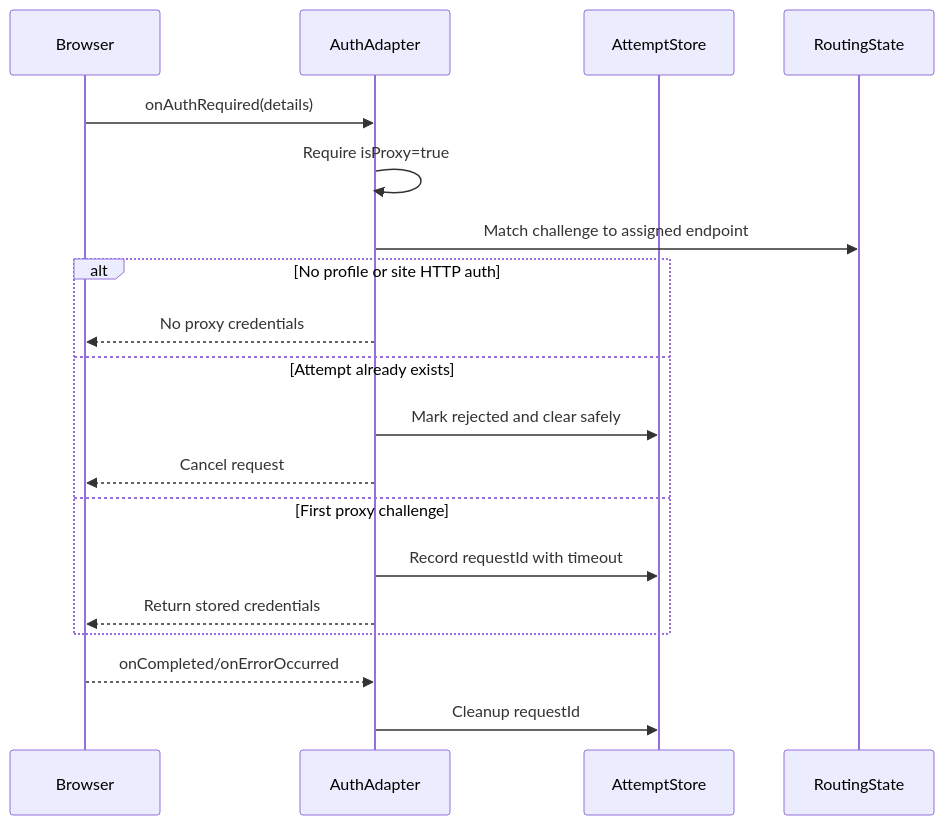
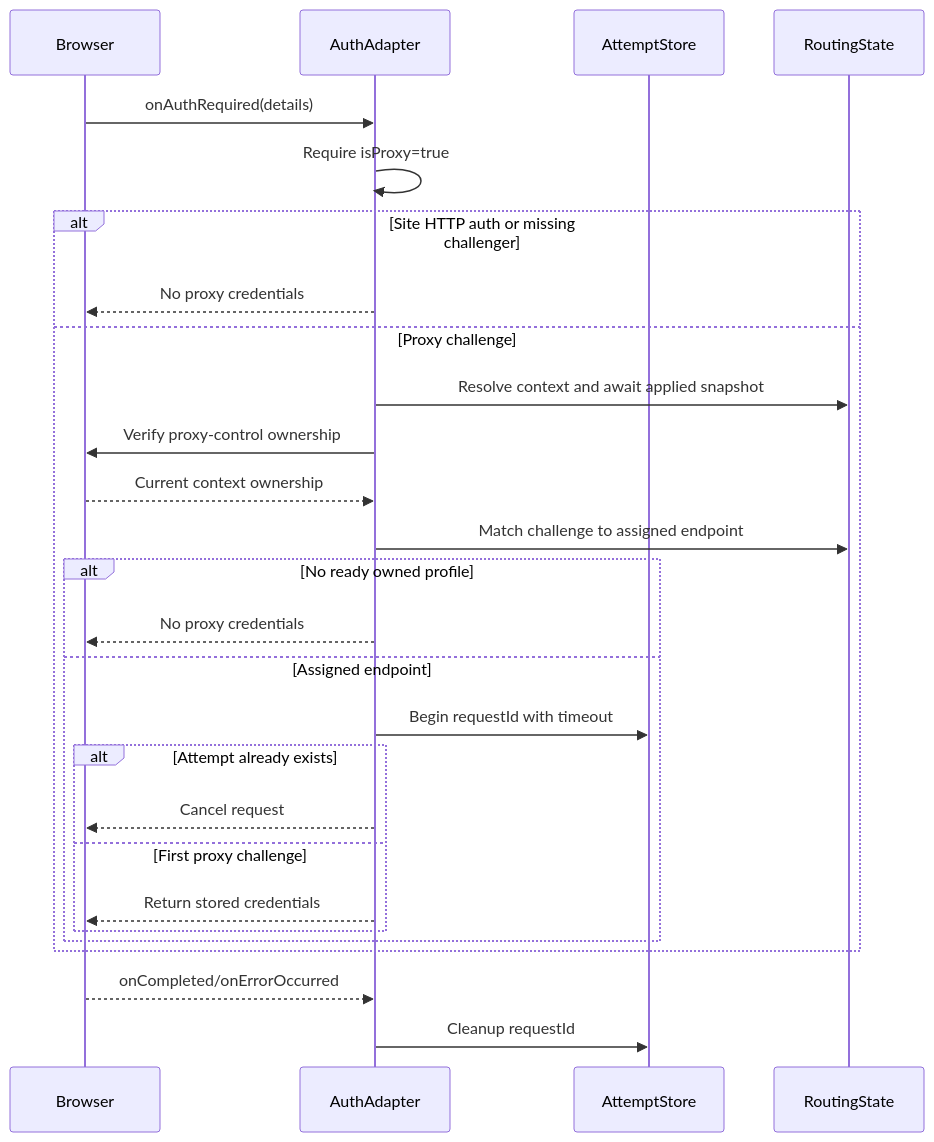
Before and after one commit to hightemp/ProxyLoom: the second of 5 diagrams in PRD.md, drawn with Mermaid. The commit also changed other lines of this file and 16 other files, not shown here.

````diff
--- a/PRD.md
+++ b/PRD.md
@@ -280,21 +291,29 @@
 ```mermaid
 sequenceDiagram
     participant Browser
     participant AuthAdapter
     participant AttemptStore
     participant RoutingState
     Browser->>AuthAdapter: onAuthRequired(details)
     AuthAdapter->>AuthAdapter: Require isProxy=true
-    AuthAdapter->>RoutingState: Match challenge to assigned endpoint
-    alt No profile or site HTTP auth
+    alt Site HTTP auth or missing challenger
         AuthAdapter-->>Browser: No proxy credentials
-    else Attempt already exists
-        AuthAdapter->>AttemptStore: Mark rejected and clear safely
-        AuthAdapter-->>Browser: Cancel request
-    else First proxy challenge
-        AuthAdapter->>AttemptStore: Record requestId with timeout
-        AuthAdapter-->>Browser: Return stored credentials
+    else Proxy challenge
+        AuthAdapter->>RoutingState: Resolve context and await applied snapshot
+        AuthAdapter->>Browser: Verify proxy-control ownership
+        Browser-->>AuthAdapter: Current context ownership
+        AuthAdapter->>RoutingState: Match challenge to assigned endpoint
+        alt No ready owned profile
+            AuthAdapter-->>Browser: No proxy credentials
+        else Assigned endpoint
+            AuthAdapter->>AttemptStore: Begin requestId with timeout
+            alt Attempt already exists
+                AuthAdapter-->>Browser: Cancel request
+            else First proxy challenge
+                AuthAdapter-->>Browser: Return stored credentials
+            end
+        end
     end
     Browser-->>AuthAdapter: onCompleted/onErrorOccurred
     AuthAdapter->>AttemptStore: Cleanup requestId
 ```
````
